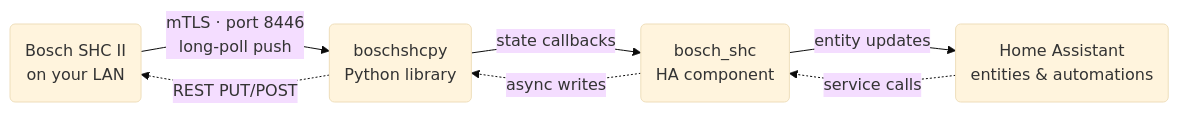
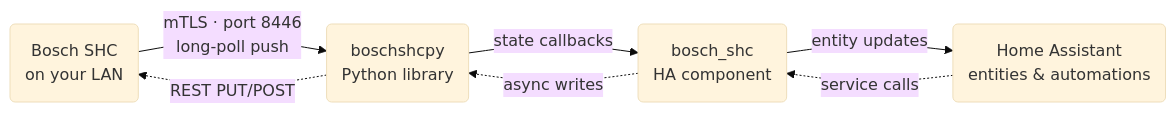
The first of 2 diagrams in README.md (tschamm/boschshc-hass), drawn with Mermaid (base theme) before and after one commit. The commit also changed other lines of this file and 2 other files, not shown here.

First line of the commit message:
Release 0.7.28 — UserDefinedState crash fix + SHC I/II/Classic all supported

````diff
--- a/README.md
+++ b/README.md
@@ -503,14 +501,14 @@
 ```mermaid
 graph LR
-    SHC("Bosch SHC II\non your LAN")
+    SHC("Bosch SHC\non your LAN")
     LIB("boschshcpy\nPython library")
     INT("bosch_shc\nHA component")
     HA("Home Assistant\nentities & automations")
 
     SHC -->|"mTLS · port 8446\nlong-poll push"| LIB
     LIB -->|"state callbacks"| INT
     INT -->|"entity updates"| HA
     HA -.->|"service calls"| INT
     INT -.->|"async writes"| LIB
     LIB -.->|"REST PUT/POST"| SHC
 ```
````
